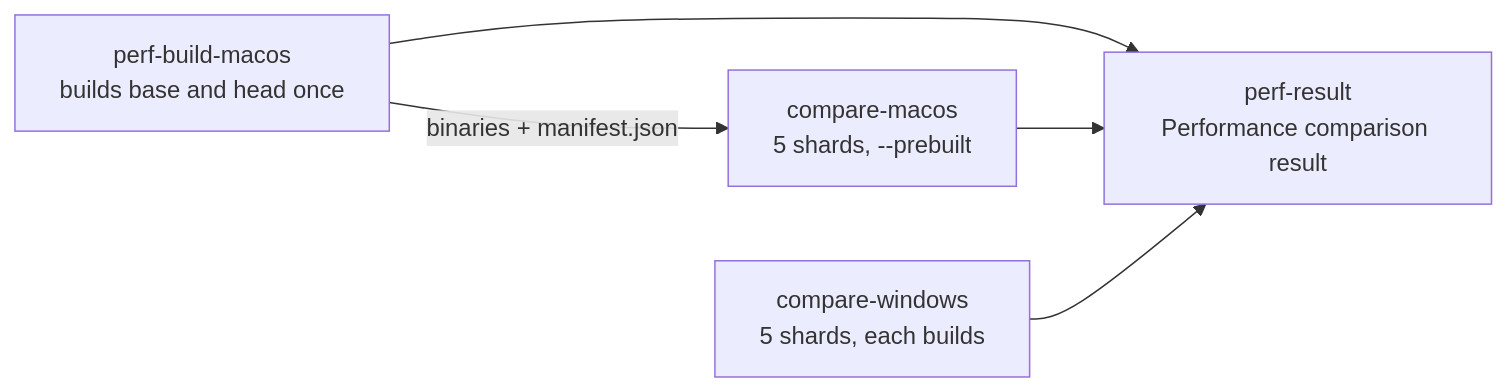
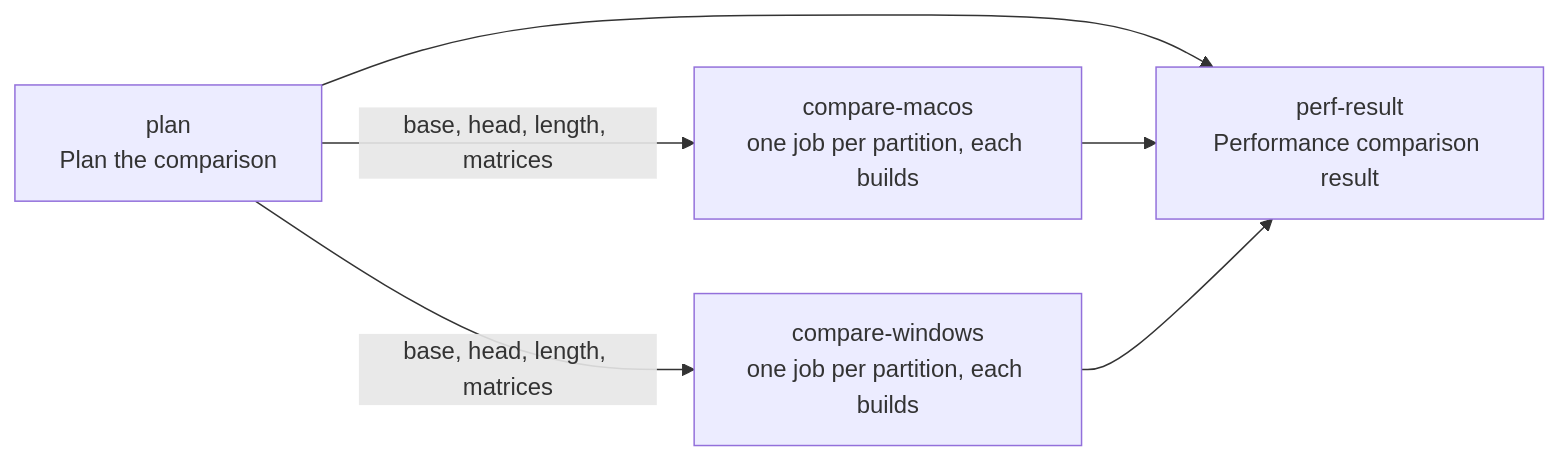
Before and after one commit to D0n9X1n/SonicTerm: the second of 2 diagrams in wiki/Development-and-Release.md, drawn with Mermaid. The commit also changed other lines of this file and 65 other files, not shown here.

````diff
--- a/wiki/Development-and-Release.md
+++ b/wiki/Development-and-Release.md
@@ -1112,8 +1164,8 @@
 ```mermaid
 flowchart LR
-  producer["perf-build-macos<br/>builds base and head once"] -->|"binaries + manifest.json"| macos["compare-macos<br/>5 shards, --prebuilt"]
-  windows["compare-windows<br/>5 shards, each builds"]
-  producer --> result["perf-result<br/>Performance comparison result"]
+  plan["plan<br/>Plan the comparison"] -->|"base, head, length, matrices"| macos["compare-macos<br/>one job per partition, each builds"]
+  plan -->|"base, head, length, matrices"| windows["compare-windows<br/>one job per partition, each builds"]
+  plan --> result["perf-result<br/>Performance comparison result"]
   macos --> result
   windows --> result
 ```
````
